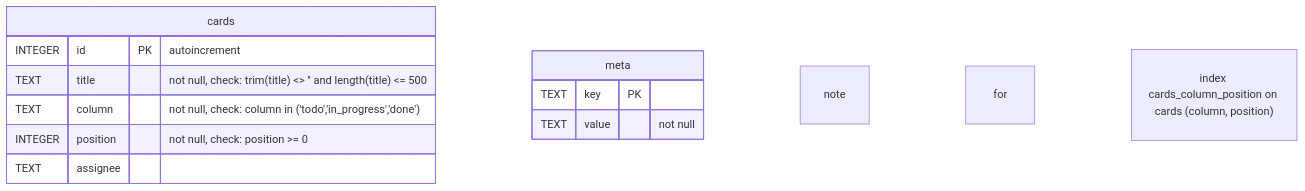
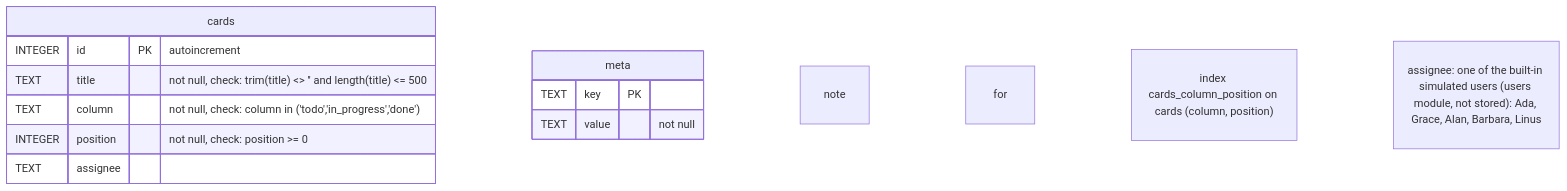
Before and after one commit to mateuszwrobel/todo-test1: the diagram in docs/db-schema.md, drawn with Mermaid. The commit also changed 1 other file, not shown here.

Commit message:
db-schema: regenerate — assignee roster note lands; schema-doc roster note log done

````diff
--- a/docs/db-schema.md
+++ b/docs/db-schema.md
@@ -3,15 +3,16 @@
 ```mermaid
 erDiagram
 	cards {
 		INTEGER id PK "autoincrement"
 		TEXT title "not null, check: trim(title) <> '' and length(title) <= 500"
 		TEXT column "not null, check: column in ('todo','in_progress','done')"
 		INTEGER position "not null, check: position >= 0"
 		TEXT assignee
 	}
 	meta {
 		TEXT key PK
 		TEXT value "not null"
 	}
 	note for cards "index cards_column_position on cards (column, position)"
+	note for cards "assignee: one of the built-in simulated users (users module, not stored): Ada, Grace, Alan, Barbara, Linus"
 ```
````
